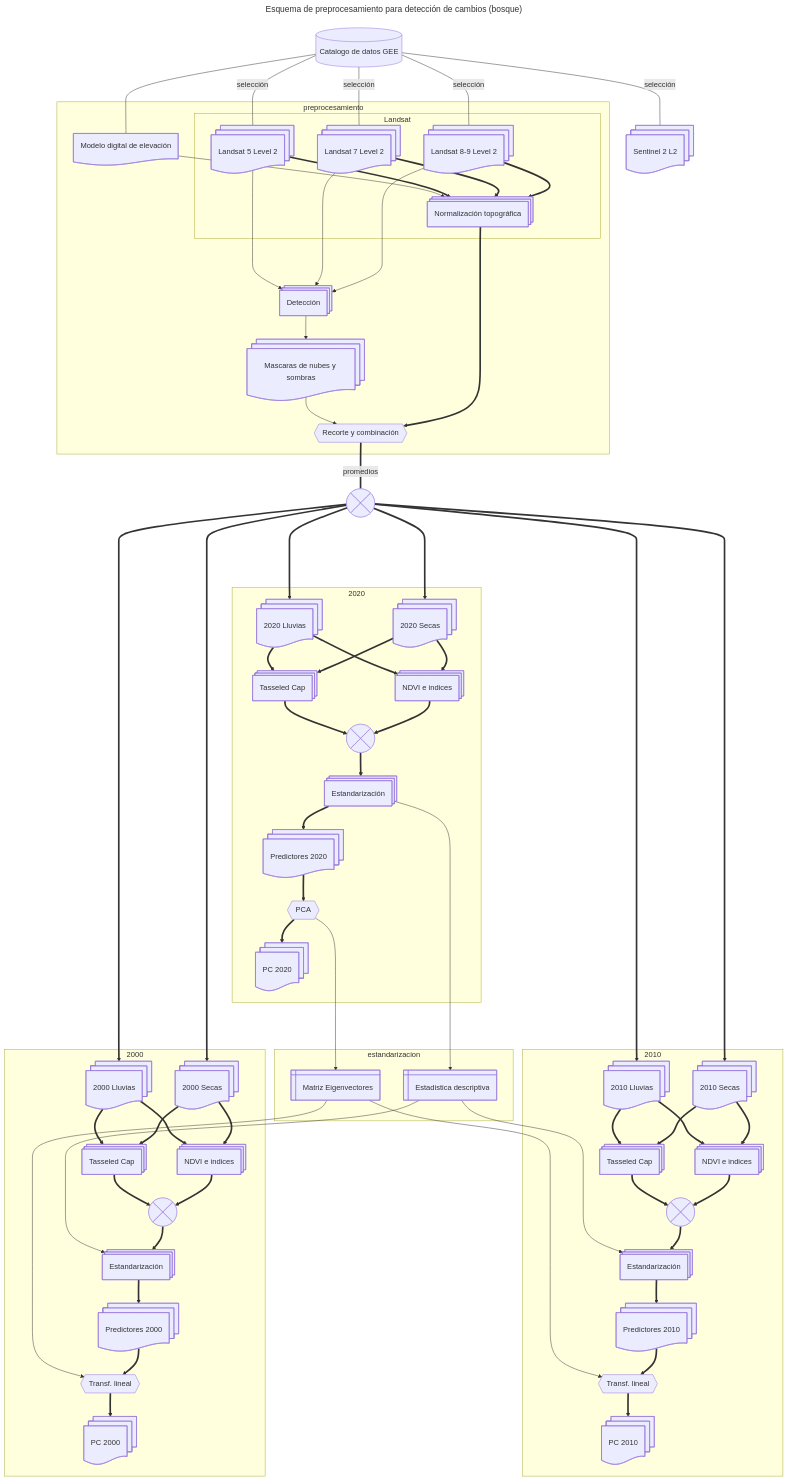
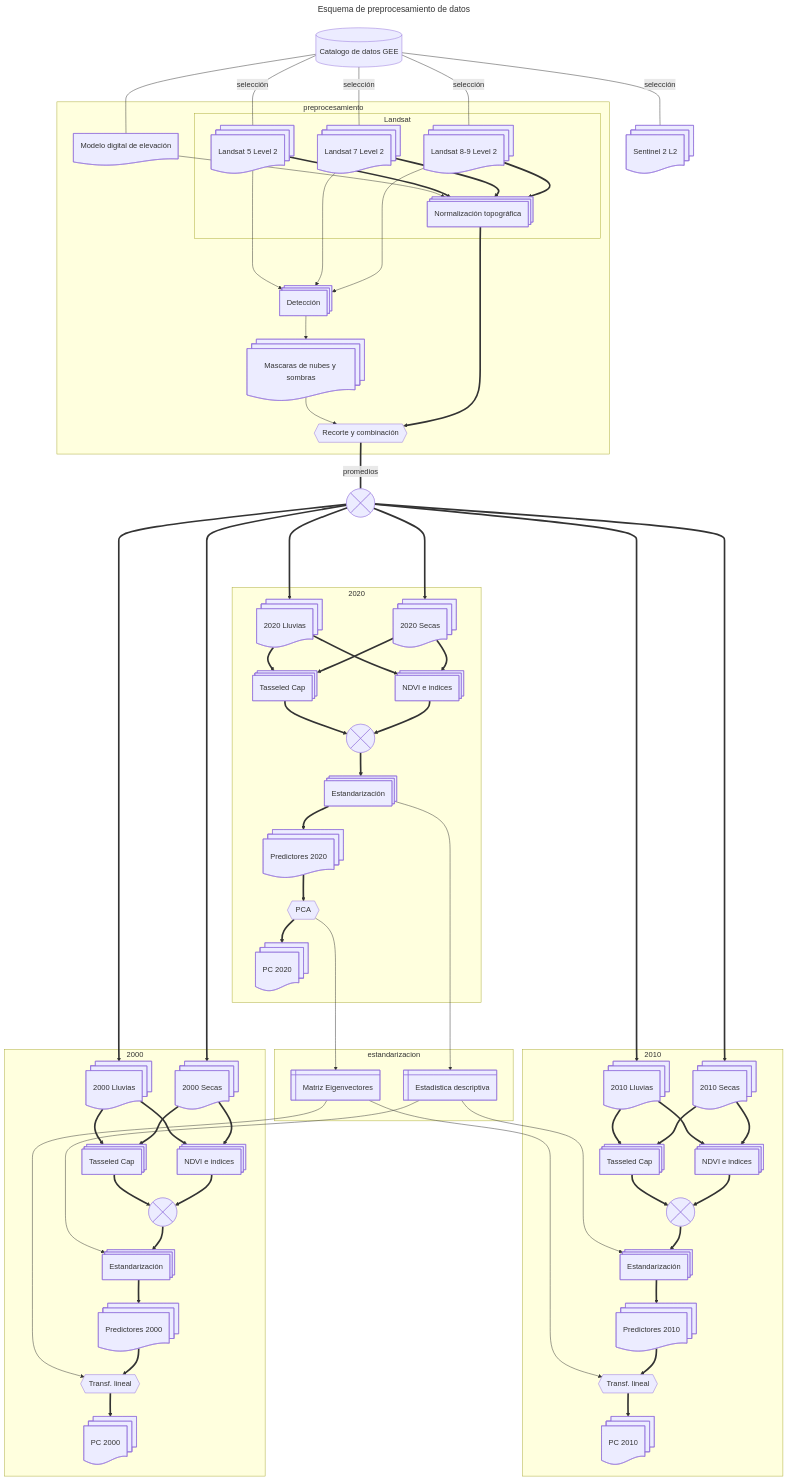
Before and after one commit to vshalisko/GEE: the diagram in ANPs/Esquema_preprocesamiento.mermaid, drawn with Mermaid.

```diff
--- a/ANPs/Esquema_preprocesamiento.mermaid
+++ b/ANPs/Esquema_preprocesamiento.mermaid
@@ -1,135 +1,135 @@
 ---
-title: Esquema de preprocesamiento para detección de cambios (bosque)
+title: Esquema de preprocesamiento de datos
 ---
 flowchart TD
     gee1[(Catalogo de datos GEE)]
     Landsat8@{ shape: docs, label: Landsat 8-9 Level 2}
     Landsat7@{ shape: docs, label: Landsat 7 Level 2}
     Landsat5@{ shape: docs, label: Landsat 5 Level 2}
     Sentinel2@{ shape: docs, label: Sentinel 2 L2}
     MDE@{ shape: doc, label: Modelo digital de elevación}
     
     INS@{ shape: procs, label: "Detección"}
     MNS@{ shape: docs, label: "Mascaras de nubes y sombras"}
     NT@{ shape: procs, label: "Normalización topográfica"}
     Combinacion1@{ shape: hex, label: "Recorte y combinación" }
     Combinacion2@{ shape: cross-circ, label: "Promedios de bandas" }
 
     BSecas2000@{ shape: docs, label: 2000 Secas}
     BLluvias2000@{ shape: docs, label: 2000 Lluvias}
     BSecas2010@{ shape: docs, label: 2010 Secas}
     BLluvias2010@{ shape: docs, label: 2010 Lluvias}
     BSecas2020@{ shape: docs, label: 2020 Secas}
     BLluvias2020@{ shape: docs, label: 2020 Lluvias}
 
     IndVeg2000@{ shape: procs, label: "NDVI e indices"}
     IndVeg2010@{ shape: procs, label: "NDVI e indices"}
     IndVeg2020@{ shape: procs, label: "NDVI e indices"}
     Tass2000@{ shape: procs, label: "Tasseled Cap"}
     Tass2010@{ shape: procs, label: "Tasseled Cap"}
     Tass2020@{ shape: procs, label: "Tasseled Cap"}
 
     Comb2000@{ shape: cross-circ, label: "Combinación" }
     Comb2010@{ shape: cross-circ, label: "Combinación" }
     Comb2020@{ shape: cross-circ, label: "Combinación" }
 
     Est2000@{ shape: procs, label: "Estandarización"}
     Est2010@{ shape: procs, label: "Estandarización"}
     Est2020@{ shape: procs, label: "Estandarización"}
 
     Capas2000@{ shape: docs, label: "Predictores 2000"}
     Capas2010@{ shape: docs, label: "Predictores 2010"}
     Capas2020@{ shape: docs, label: "Predictores 2020"}
 
     PCA2020@{ shape: hex, label: "PCA"}
     TL2000@{ shape: hex, label: "Transf. lineal"}
     TL2010@{ shape: hex, label: "Transf. lineal"}
 
     CapasPCA2000@{ shape: docs, label: "PC 2000"}
     CapasPCA2010@{ shape: docs, label: "PC 2010"}
     CapasPCA2020@{ shape: docs, label: "PC 2020"}
 
     Estadisticas@{ shape: win-pane, label: "Estadistica descriptiva" }
     Eigenvectors@{ shape: win-pane, label: "Matriz Eigenvectores" }
 
     gee1---|selección|Landsat8
     gee1---|selección|Landsat7
     gee1---|selección|Landsat5
     gee1---|selección|Sentinel2
     gee1---MDE
 
     subgraph preprocesamiento
         subgraph Landsat
             Landsat8==>NT
             Landsat7==>NT
             Landsat5==>NT
         end
 
         MDE-->NT
         NT==>Combinacion1
 
         Landsat8---->INS
         Landsat7---->INS
         Landsat5---->INS
 
         INS-->MNS
         MNS-->Combinacion1
     end
 
     Combinacion1===|promedios|Combinacion2
 
     Combinacion2====>BSecas2000
     Combinacion2====>BLluvias2000
     Combinacion2====>BSecas2010
     Combinacion2====>BLluvias2010
     Combinacion2====>BSecas2020
     Combinacion2====>BLluvias2020
 
     subgraph 2000
         BSecas2000==>IndVeg2000
         BSecas2000==>Tass2000
         BLluvias2000==>Tass2000
         BLluvias2000==>IndVeg2000
         IndVeg2000==>Comb2000
         Tass2000==>Comb2000
         Comb2000==>Est2000
         Est2000==>Capas2000
         Capas2000==>TL2000
         TL2000==>CapasPCA2000
     end
 
     subgraph 2010
         BSecas2010==>IndVeg2010
         BSecas2010==>Tass2010
         BLluvias2010==>Tass2010
         BLluvias2010==>IndVeg2010
         IndVeg2010==>Comb2010
         Tass2010==>Comb2010
         Comb2010==>Est2010
         Est2010==>Capas2010
         Capas2010==>TL2010
         TL2010==>CapasPCA2010
     end
 
     subgraph 2020
         BSecas2020==>IndVeg2020
         BSecas2020==>Tass2020
         BLluvias2020==>IndVeg2020
         BLluvias2020==>Tass2020
         IndVeg2020==>Comb2020
         Tass2020==>Comb2020
         Comb2020==>Est2020
         Est2020==>Capas2020
         Capas2020==>PCA2020
         PCA2020==>CapasPCA2020
     end
 
     subgraph estandarizacion
         Est2020---->Estadisticas
         Estadisticas---->Est2000
         Estadisticas---->Est2010
 
         PCA2020---->Eigenvectors
         Eigenvectors---->TL2000
         Eigenvectors---->TL2010
     end
```
